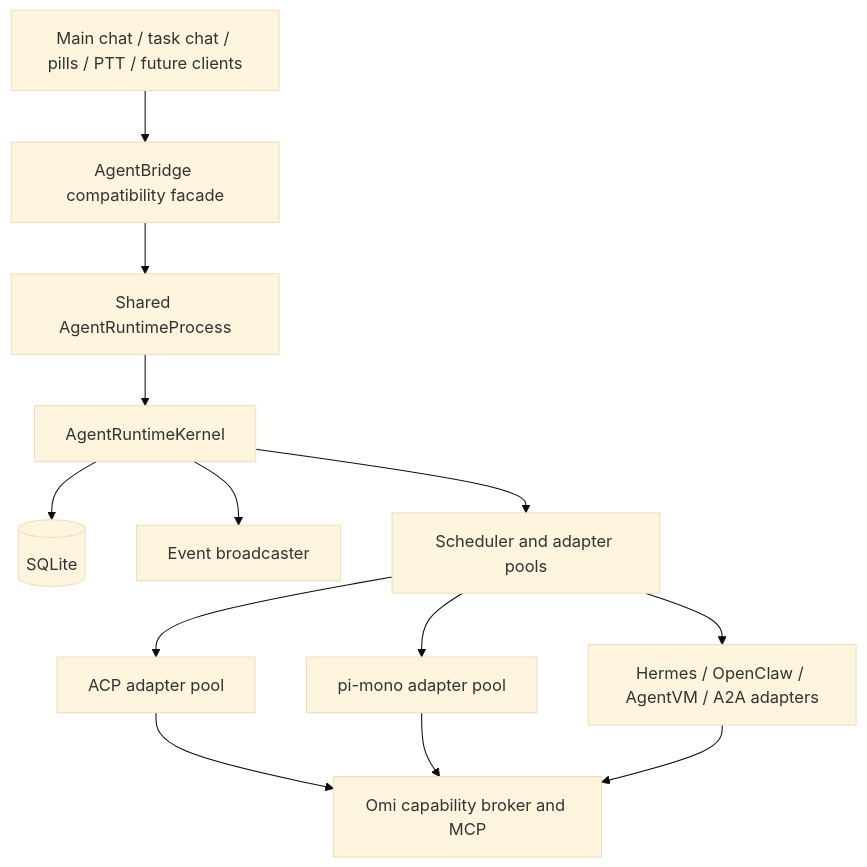
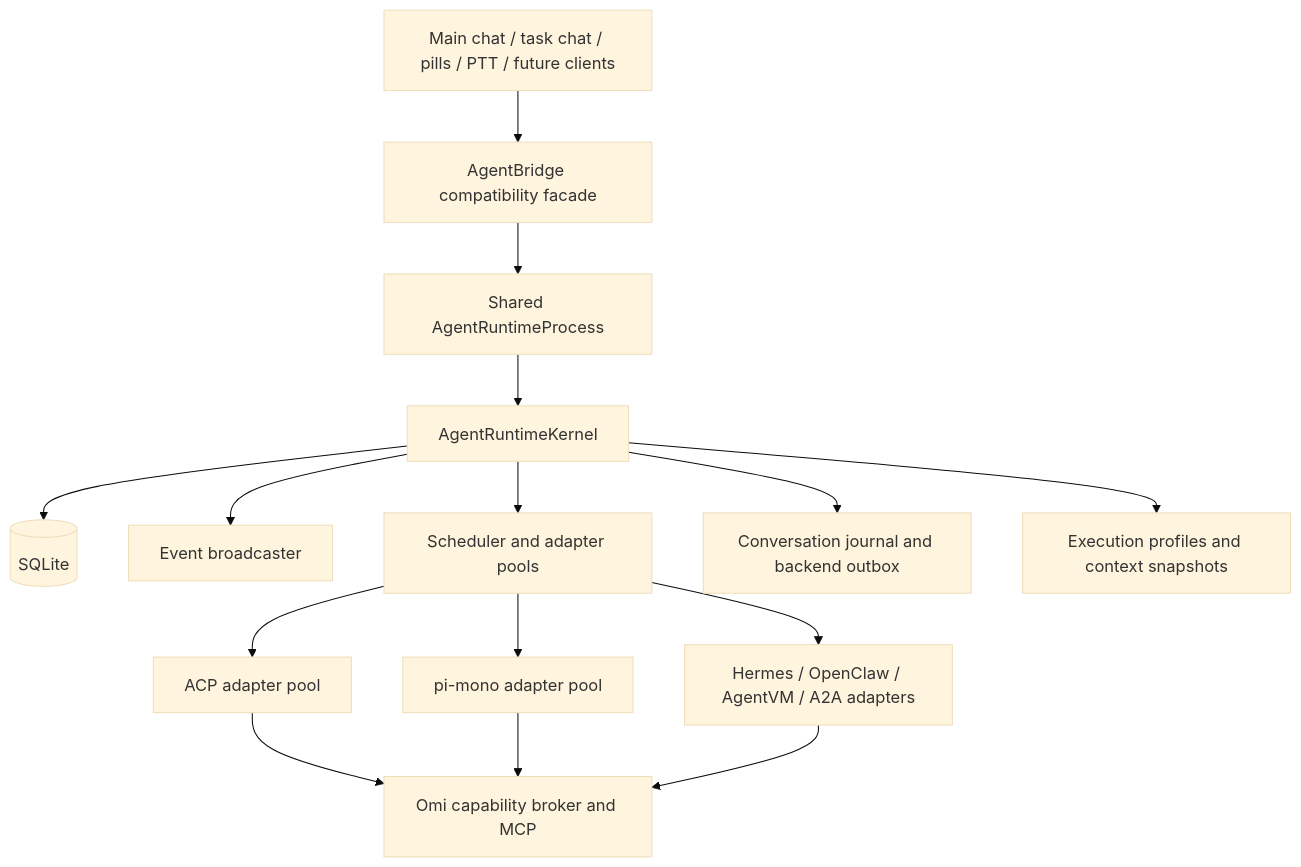
The diagram in docs/doc/developer/agent-control-plane.mdx (BasedHardware/omi), drawn with Mermaid (base theme) before and after one commit. The commit also changed other lines of this file and 7 other files, not shown here.

````diff
--- a/docs/doc/developer/agent-control-plane.mdx
+++ b/docs/doc/developer/agent-control-plane.mdx
@@ -71,27 +76,31 @@
 ```mermaid
 flowchart TB
     UI[Main chat / task chat / pills / PTT / future clients]
     SwiftClient[AgentBridge compatibility facade]
     SharedProcess[Shared AgentRuntimeProcess]
     Kernel[AgentRuntimeKernel]
     Store[(SQLite)]
     Events[Event broadcaster]
     Scheduler[Scheduler and adapter pools]
     ACP[ACP adapter pool]
     Pi[pi-mono adapter pool]
     Future[Hermes / OpenClaw / AgentVM / A2A adapters]
     Broker[Omi capability broker and MCP]
+    Journal[Conversation journal and backend outbox]
+    Context[Execution profiles and context snapshots]
 
     UI --> SwiftClient
     SwiftClient --> SharedProcess
     SharedProcess --> Kernel
     Kernel --> Store
     Kernel --> Events
     Kernel --> Scheduler
+    Kernel --> Journal
+    Kernel --> Context
     Scheduler --> ACP
     Scheduler --> Pi
     Scheduler --> Future
     ACP --> Broker
     Pi --> Broker
     Future --> Broker
 ```
````
